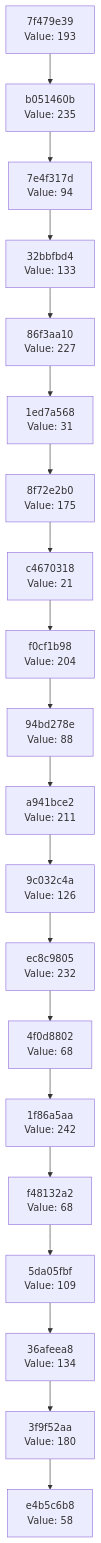
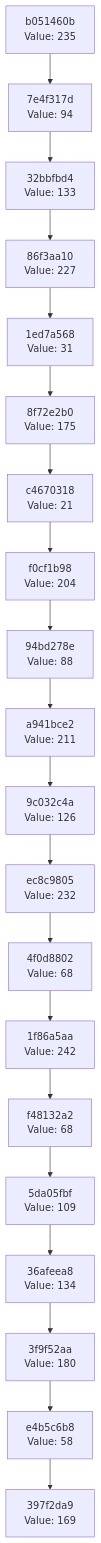
Before and after one commit to Abhisheksinha1506/hash-chain-evolver: the diagram in docs/CHAIN_VISUALIZATION.md, drawn with Mermaid. The commit also changed 2 other files, not shown here.

Commit message:
Evolution step: hash 0xA9 → action executed

````diff
--- a/docs/CHAIN_VISUALIZATION.md
+++ b/docs/CHAIN_VISUALIZATION.md
@@ -3,42 +3,42 @@
 ```mermaid
 graph TD
-    C0["e4b5c6b8<br/>Value: 58"]
-    C1["3f9f52aa<br/>Value: 180"]
+    C0["397f2da9<br/>Value: 169"]
+    C1["e4b5c6b8<br/>Value: 58"]
     C1 --> C0
-    C2["36afeea8<br/>Value: 134"]
+    C2["3f9f52aa<br/>Value: 180"]
     C2 --> C1
-    C3["5da05fbf<br/>Value: 109"]
+    C3["36afeea8<br/>Value: 134"]
     C3 --> C2
-    C4["f48132a2<br/>Value: 68"]
+    C4["5da05fbf<br/>Value: 109"]
     C4 --> C3
-    C5["1f86a5aa<br/>Value: 242"]
+    C5["f48132a2<br/>Value: 68"]
     C5 --> C4
-    C6["4f0d8802<br/>Value: 68"]
+    C6["1f86a5aa<br/>Value: 242"]
     C6 --> C5
-    C7["ec8c9805<br/>Value: 232"]
+    C7["4f0d8802<br/>Value: 68"]
     C7 --> C6
-    C8["9c032c4a<br/>Value: 126"]
+    C8["ec8c9805<br/>Value: 232"]
     C8 --> C7
-    C9["a941bce2<br/>Value: 211"]
+    C9["9c032c4a<br/>Value: 126"]
     C9 --> C8
-    C10["94bd278e<br/>Value: 88"]
+    C10["a941bce2<br/>Value: 211"]
     C10 --> C9
-    C11["f0cf1b98<br/>Value: 204"]
+    C11["94bd278e<br/>Value: 88"]
     C11 --> C10
-    C12["c4670318<br/>Value: 21"]
+    C12["f0cf1b98<br/>Value: 204"]
     C12 --> C11
-    C13["8f72e2b0<br/>Value: 175"]
+    C13["c4670318<br/>Value: 21"]
     C13 --> C12
-    C14["1ed7a568<br/>Value: 31"]
+    C14["8f72e2b0<br/>Value: 175"]
     C14 --> C13
-    C15["86f3aa10<br/>Value: 227"]
+    C15["1ed7a568<br/>Value: 31"]
     C15 --> C14
-    C16["32bbfbd4<br/>Value: 133"]
+    C16["86f3aa10<br/>Value: 227"]
     C16 --> C15
-    C17["7e4f317d<br/>Value: 94"]
+    C17["32bbfbd4<br/>Value: 133"]
     C17 --> C16
-    C18["b051460b<br/>Value: 235"]
+    C18["7e4f317d<br/>Value: 94"]
     C18 --> C17
-    C19["7f479e39<br/>Value: 193"]
+    C19["b051460b<br/>Value: 235"]
     C19 --> C18
 ```
````
